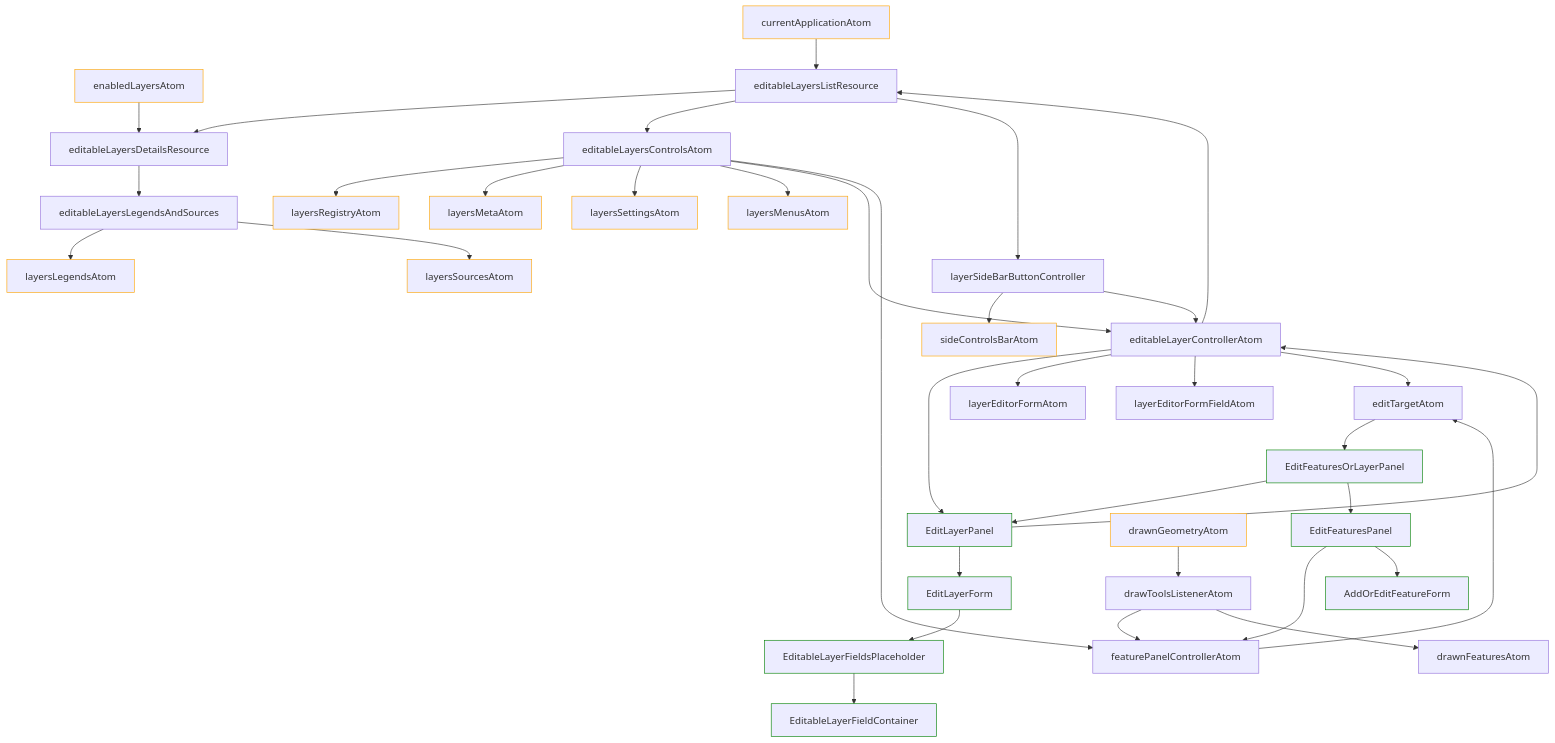
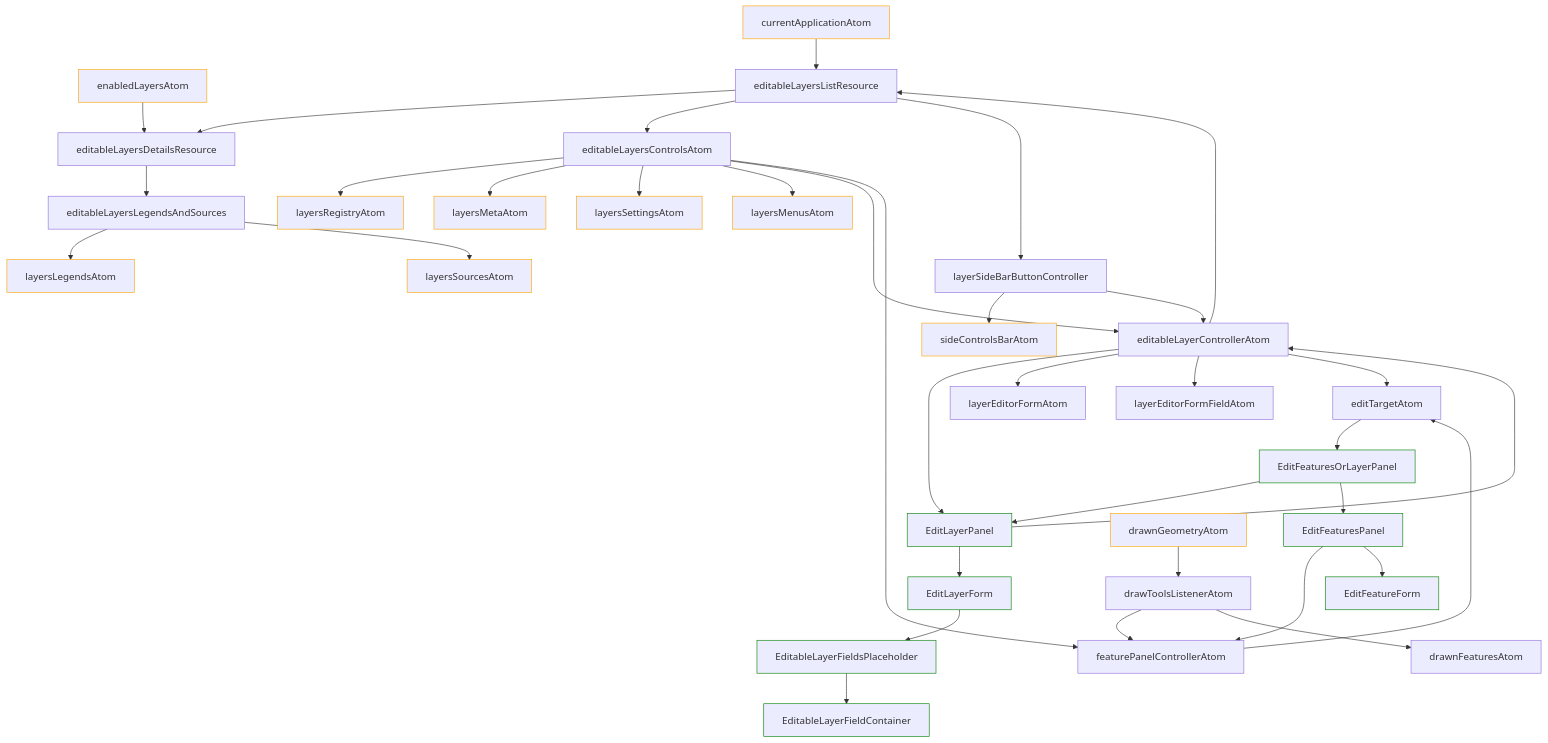
One commit to konturio/disaster-ninja-fe changed the diagram in src/features/create_layer/readme.md. Above: the diagram before and after it, drawn with Mermaid. The commit also changed 6 other files, not shown here.

````diff
--- a/src/features/create_layer/readme.md
+++ b/src/features/create_layer/readme.md
@@ -16,43 +16,43 @@
 ```mermaid
 flowchart TD
   classDef coreAtom stroke:orange;
   classDef View stroke:green;
 
   enabledLayersAtom:::coreAtom --> editableLayersDetailsResource
   editableLayersListResource --> editableLayersDetailsResource
   editableLayersDetailsResource --> editableLayersLegendsAndSources
   currentApplicationAtom:::coreAtom --> editableLayersListResource
   editableLayersLegendsAndSources --> layersLegendsAtom:::coreAtom
   editableLayersLegendsAndSources --> layersSourcesAtom:::coreAtom
   editableLayersListResource --> editableLayersControlsAtom
   editableLayersControlsAtom --> layersRegistryAtom:::coreAtom
   editableLayersControlsAtom --> layersMetaAtom:::coreAtom
   editableLayersControlsAtom --> layersSettingsAtom:::coreAtom
   editableLayersControlsAtom --> layersMenusAtom:::coreAtom
   editableLayersListResource --> layerSideBarButtonController
   layerSideBarButtonController --> sideControlsBarAtom:::coreAtom
   layerSideBarButtonController --> editableLayerControllerAtom
   editableLayersControlsAtom ----> editableLayerControllerAtom
   %% Sub features switch
   editTargetAtom --> EditFeaturesOrLayerPanel:::View
   EditFeaturesOrLayerPanel --> EditLayerPanel:::View
   EditFeaturesOrLayerPanel --> EditFeaturesPanel:::View
   %% Edit Layer
   EditLayerPanel --> editableLayerControllerAtom
   editableLayerControllerAtom --> EditLayerPanel
   EditLayerPanel --> EditLayerForm:::View
   EditLayerForm  --> EditableLayerFieldsPlaceholder:::View
   EditableLayerFieldsPlaceholder --> EditableLayerFieldContainer:::View
   editableLayerControllerAtom --> layerEditorFormAtom
   editableLayerControllerAtom --> layerEditorFormFieldAtom
   editableLayerControllerAtom --> editableLayersListResource
   editableLayerControllerAtom --> editTargetAtom
   %% Edit Features
   editableLayersControlsAtom --> featurePanelControllerAtom
   EditFeaturesPanel:::View ---> featurePanelControllerAtom
   featurePanelControllerAtom --> editTargetAtom
-  EditFeaturesPanel --> AddOrEditFeatureForm:::View
+  EditFeaturesPanel --> EditFeatureForm:::View
   drawToolsListenerAtom --> featurePanelControllerAtom
   drawnGeometryAtom:::coreAtom --> drawToolsListenerAtom
   drawToolsListenerAtom --> drawnFeaturesAtom
 ```
````
